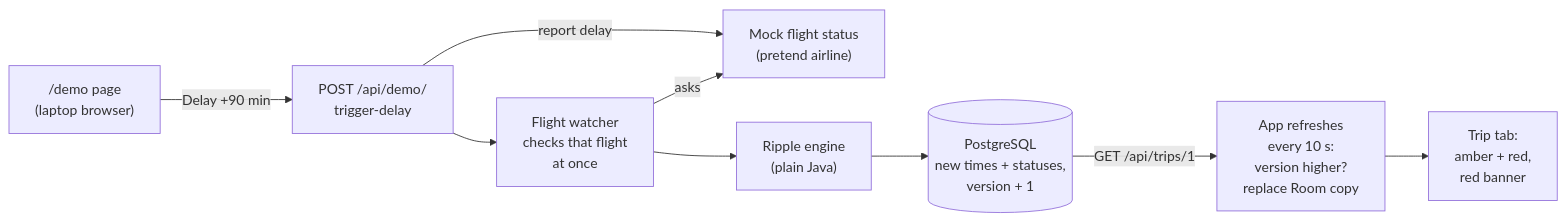
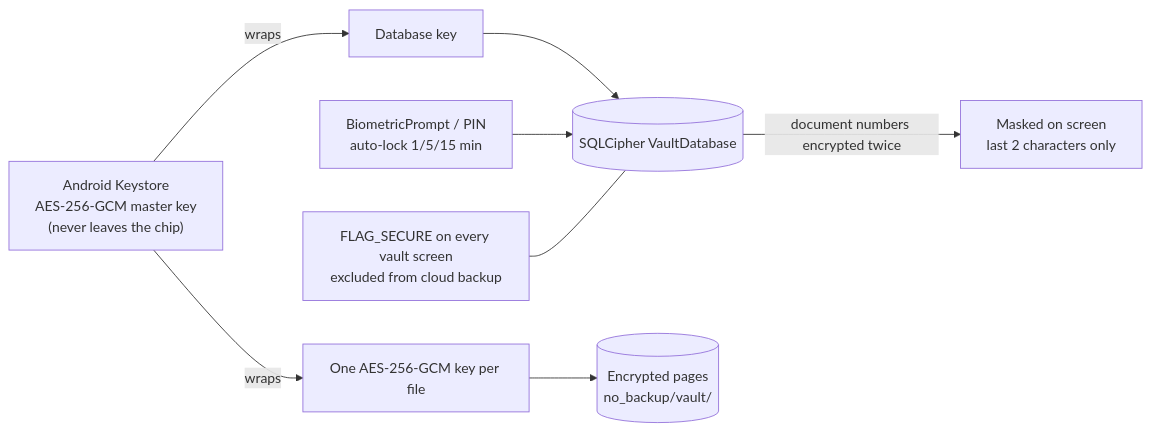
Before and after one commit to yassudicoder/OnBoard: the fourth of 5 diagrams in docs/architecture.md, drawn with Mermaid. The commit also changed other lines of this file and 3 other files, not shown here.

First line of the commit message:
Final README and architecture for the Elevate 1.0 demo

````diff
--- a/docs/architecture.md
+++ b/docs/architecture.md
@@ -203,15 +123,10 @@
 ```mermaid
 flowchart LR
-    demo["/demo page<br/>(laptop browser)"]
-    api["POST /api/demo/<br/>trigger-delay"]
-    mock["Mock flight status<br/>(pretend airline)"]
-    watcher["Flight watcher<br/>checks that flight<br/>at once"]
-    engine["Ripple engine<br/>(plain Java)"]
-    db[("PostgreSQL<br/>new times + statuses,<br/>version + 1")]
-    app["App refreshes<br/>every 10 s:<br/>version higher?<br/>replace Room copy"]
-    timeline["Trip tab:<br/>amber + red,<br/>red banner"]
-    demo -->|"Delay +90 min"| api -->|"report delay"| mock
-    api --> watcher -->|"asks"| mock
-    watcher --> engine --> db
-    db -->|"GET /api/trips/1"| app --> timeline
+    K["Android Keystore<br/>AES-256-GCM master key<br/>(never leaves the chip)"] -->|wraps| DK["Database key"]
+    DK --> DB[("SQLCipher VaultDatabase")]
+    K -->|wraps| FK["One AES-256-GCM key per file"]
+    FK --> F[("Encrypted pages<br/>no_backup/vault/")]
+    DB -->|"document numbers encrypted twice"| N["Masked on screen<br/>last 2 characters only"]
+    Bio["BiometricPrompt / PIN<br/>auto-lock 1/5/15 min"] --> DB
+    Sec["FLAG_SECURE on every vault screen<br/>excluded from cloud backup"] --- DB
 ```
````
